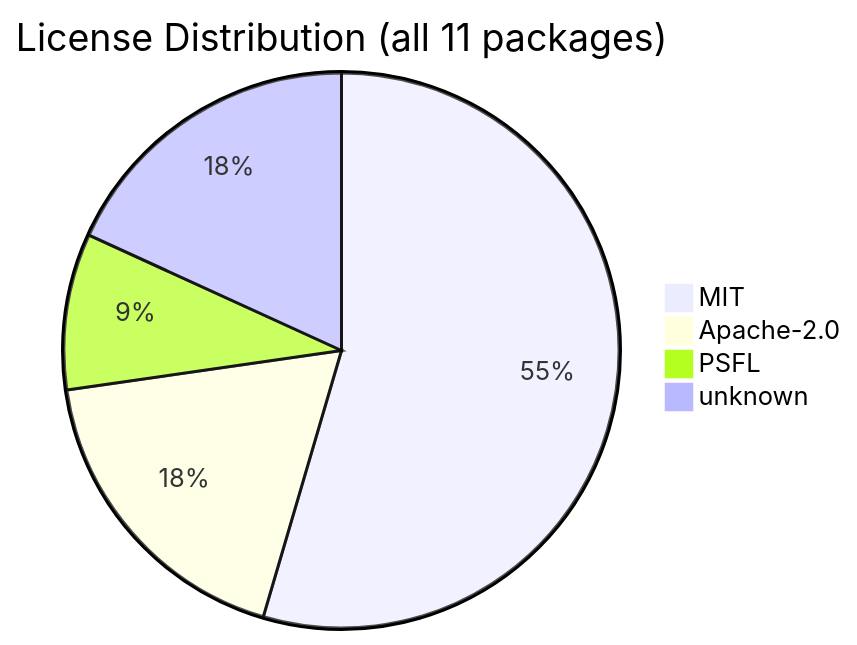
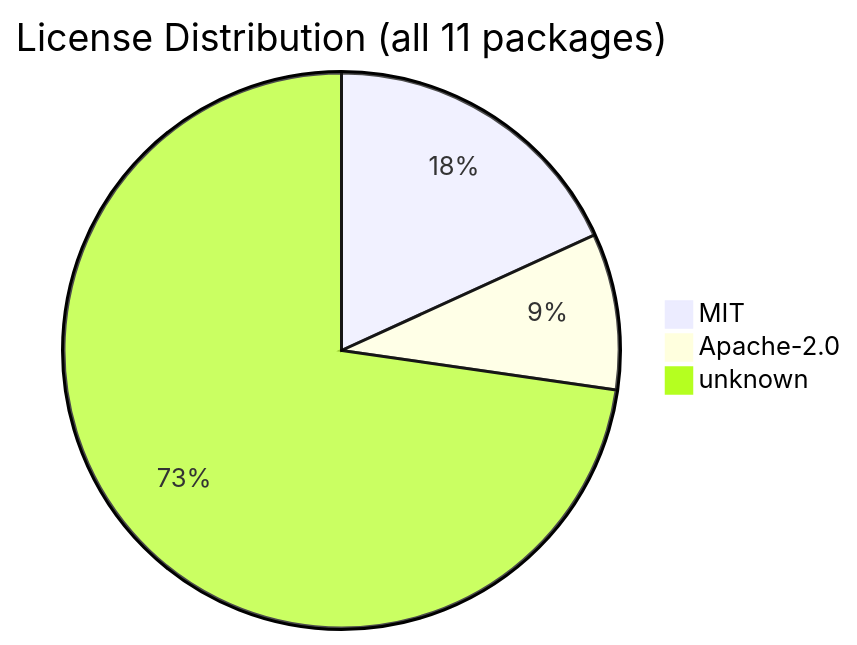
Before and after one commit to svenroth-ai/shipwright: the diagram in .shipwright/compliance/sbom.md, drawn with Mermaid. The commit also changed other lines of this file and 20 other files, not shown here.

````diff
--- a/.shipwright/compliance/sbom.md
+++ b/.shipwright/compliance/sbom.md
@@ -18,7 +18,6 @@
 ```mermaid
 pie title License Distribution (all 11 packages)
-    "MIT" : 6
-    "Apache-2.0" : 2
-    "PSFL" : 1
-    "unknown" : 2
+    "MIT" : 2
+    "Apache-2.0" : 1
+    "unknown" : 8
 ```
````
